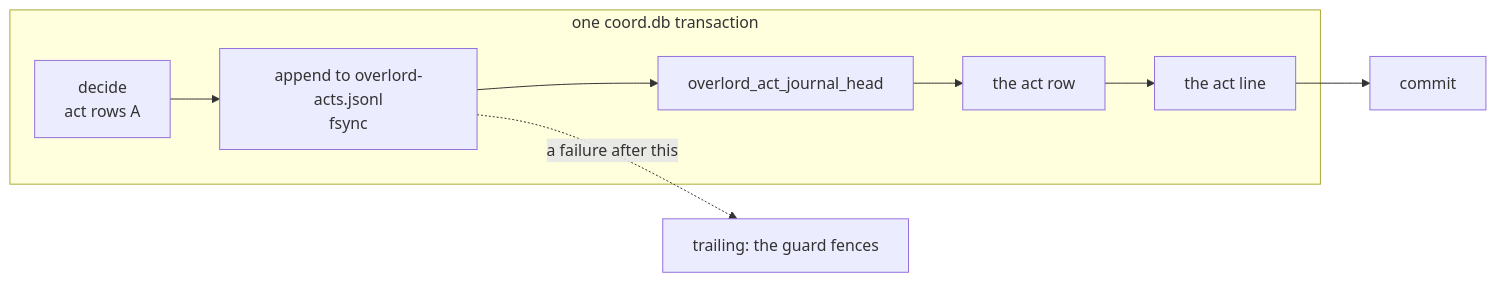
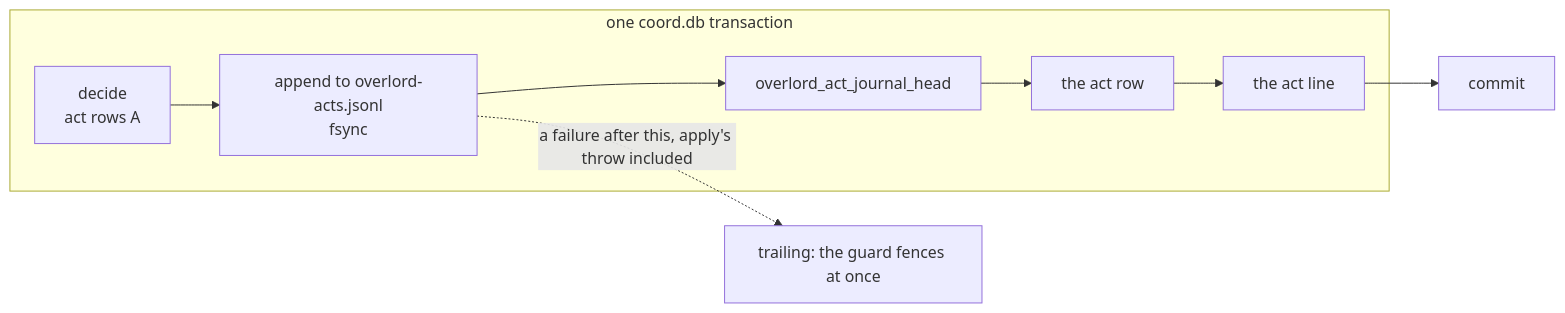
Before and after one commit to Synapsium-Labs/ccrc-pwa: the first of 2 diagrams in docs/superpowers/plans/2026-11-16-overlord-w2/w2-act-journal.md, drawn with Mermaid. The commit also changed other lines of this file and 1 other file, not shown here.

````diff
--- a/docs/superpowers/plans/2026-11-16-overlord-w2/w2-act-journal.md
+++ b/docs/superpowers/plans/2026-11-16-overlord-w2/w2-act-journal.md
@@ -278,11 +292,11 @@
 ```mermaid
 flowchart LR
   subgraph TX["one coord.db transaction"]
     DEC["decide<br/>act rows A"] --> APP["append to overlord-acts.jsonl<br/>fsync"]
     APP --> HEAD["overlord_act_journal_head"]
     HEAD --> ROW["the act row"]
     ROW --> SEQ["the act line"]
   end
   SEQ --> COMMIT["commit"]
-  APP -. "a failure after this" .-> TR["trailing: the guard fences"]
+  APP -. "a failure after this, apply's throw included" .-> TR["trailing: the guard fences at once"]
 ```
````
